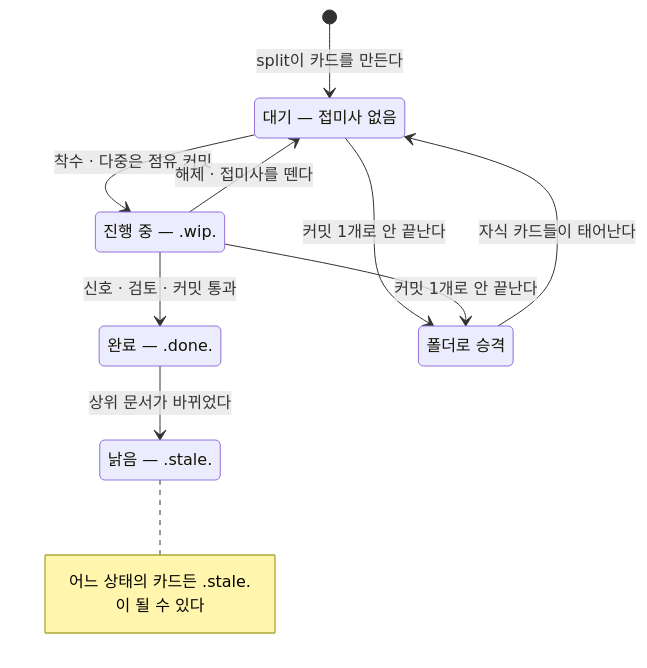
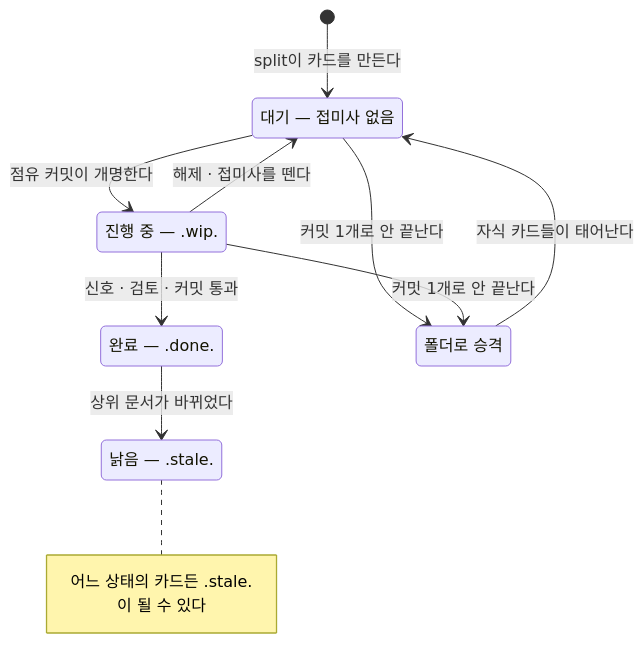
Before and after one commit to nanomia-ai/devflow: the second of 5 diagrams in README_ko.md, drawn with Mermaid. The commit also changed other lines of this file and 24 other files, not shown here.

````diff
--- a/README_ko.md
+++ b/README_ko.md
@@ -131,17 +131,17 @@
 ```mermaid
 stateDiagram-v2
     state "대기 — 접미사 없음" as WAIT
     state "진행 중 — .wip." as WIP
     state "완료 — .done." as DONE
     state "낡음 — .stale." as STALE
     state "폴더로 승격" as FOLDER
     [*] --> WAIT: split이 카드를 만든다
-    WAIT --> WIP: 착수 · 다중은 점유 커밋
+    WAIT --> WIP: 점유 커밋이 개명한다
     WIP --> WAIT: 해제 · 접미사를 뗀다
     WIP --> DONE: 신호 · 검토 · 커밋 통과
     WAIT --> FOLDER: 커밋 1개로 안 끝난다
     WIP --> FOLDER: 커밋 1개로 안 끝난다
     FOLDER --> WAIT: 자식 카드들이 태어난다
     DONE --> STALE: 상위 문서가 바뀌었다
     note right of STALE : 어느 상태의 카드든 .stale.이 될 수 있다
 ```
````
